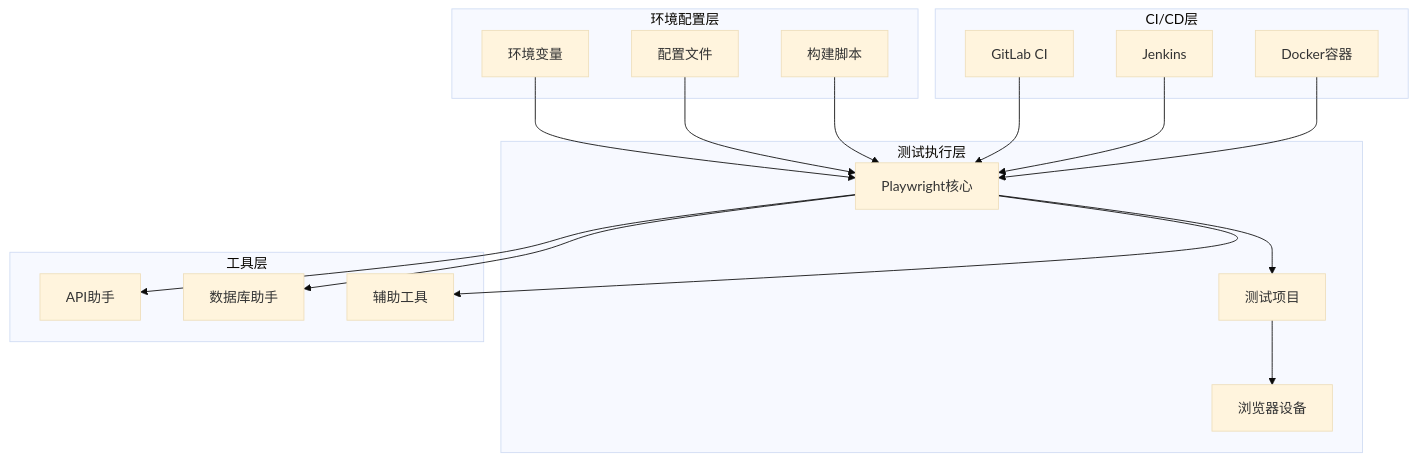
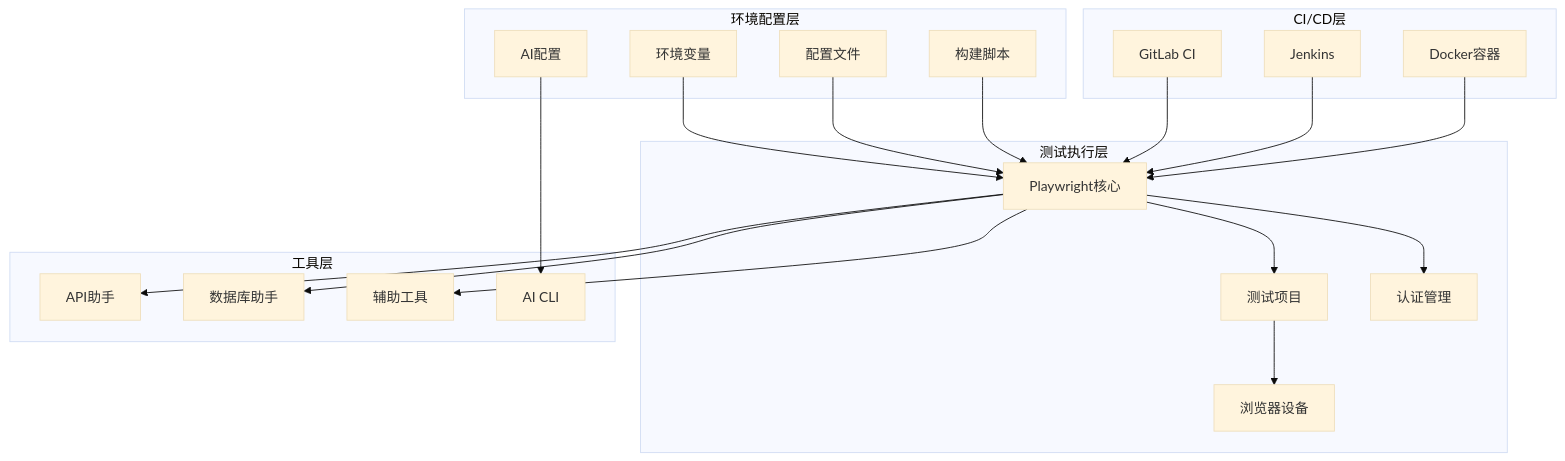
Before and after one commit to zzgoviziwind/--playwright: the second of 10 diagrams in .qoder/repowiki/zh/content/部署和运维/环境配置管理.md, drawn with Mermaid (base theme). The commit also changed other lines of this file and 112 other files, not shown here.

````diff
--- a/.qoder/repowiki/zh/content/部署和运维/环境配置管理.md
+++ b/.qoder/repowiki/zh/content/部署和运维/环境配置管理.md
@@ -121,34 +133,39 @@
 ```mermaid
 graph TB
 subgraph "环境配置层"
 Env[环境变量]
 Config[配置文件]
 Scripts[构建脚本]
+AI[AI配置]
 end
 subgraph "测试执行层"
 Playwright[Playwright核心]
 Projects[测试项目]
 Devices[浏览器设备]
+Auth[认证管理]
 end
 subgraph "工具层"
 API[API助手]
 DB[数据库助手]
 Helpers[辅助工具]
+CLI[AI CLI]
 end
 subgraph "CI/CD层"
 GitLab[GitLab CI]
 Jenkins[Jenkins]
 Docker[Docker容器]
 end
 Env --> Playwright
 Config --> Playwright
 Scripts --> Playwright
+AI --> CLI
 Playwright --> Projects
 Projects --> Devices
+Playwright --> Auth
 Playwright --> API
 Playwright --> DB
 Playwright --> Helpers
 GitLab --> Playwright
 Jenkins --> Playwright
 Docker --> Playwright
 ```
````
